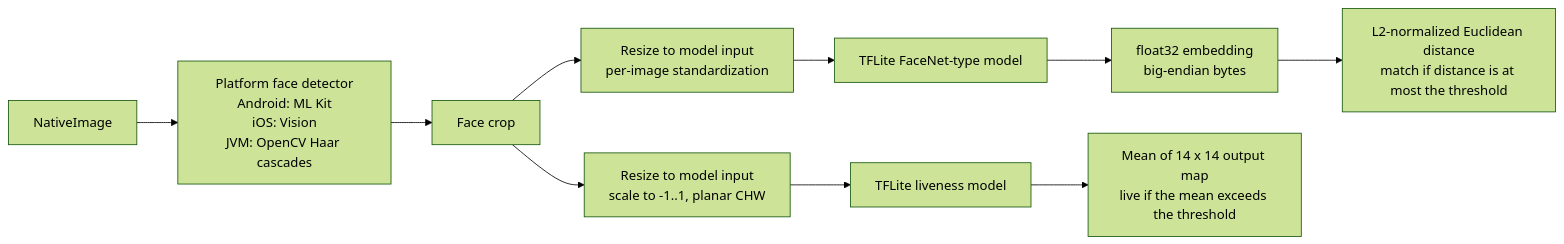
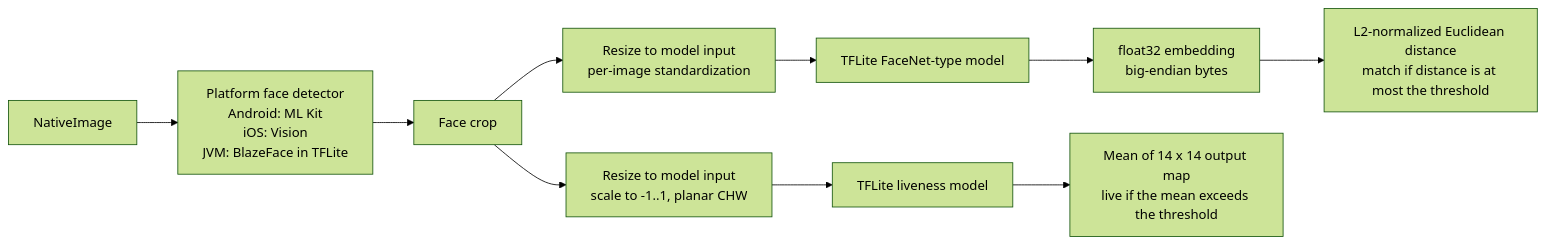
Before and after one commit to biometric-technologies/biometric-sdk: the third of 3 diagrams in readme.md, drawn with Mermaid (forest theme). The commit also changed other lines of this file and 13 other files, not shown here.

````diff
--- a/readme.md
+++ b/readme.md
@@ -809,12 +810,12 @@
 ```mermaid
 flowchart LR
-    IMG["NativeImage"] --> DET["Platform face detector<br/>Android: ML Kit<br/>iOS: Vision<br/>JVM: OpenCV Haar cascades"]
+    IMG["NativeImage"] --> DET["Platform face detector<br/>Android: ML Kit<br/>iOS: Vision<br/>JVM: BlazeFace in TFLite"]
     DET --> CROP["Face crop"]
     CROP --> PRE1["Resize to model input<br/>per-image standardization"]
     PRE1 --> NET["TFLite FaceNet-type model"]
     NET --> EMB["float32 embedding<br/>big-endian bytes"]
     EMB --> DIST["L2-normalized Euclidean distance<br/>match if distance is at most the threshold"]
     CROP --> PRE2["Resize to model input<br/>scale to -1..1, planar CHW"]
     PRE2 --> LIVE["TFLite liveness model"]
     LIVE --> MAP["Mean of 14 x 14 output map<br/>live if the mean exceeds the threshold"]
 ```
````
